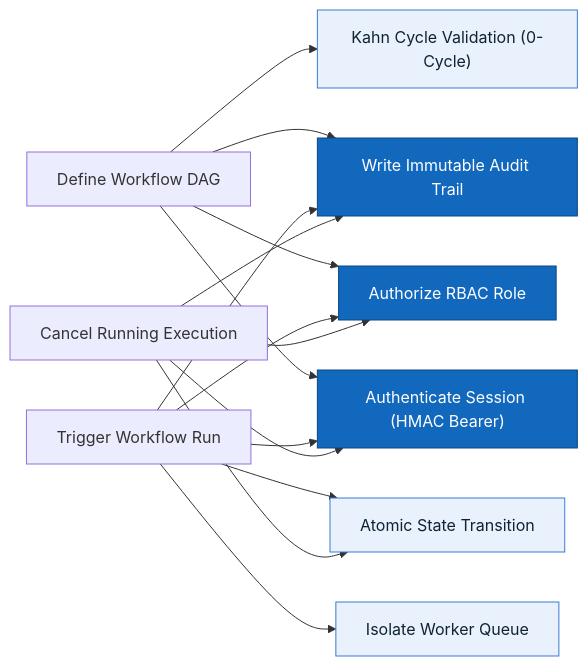
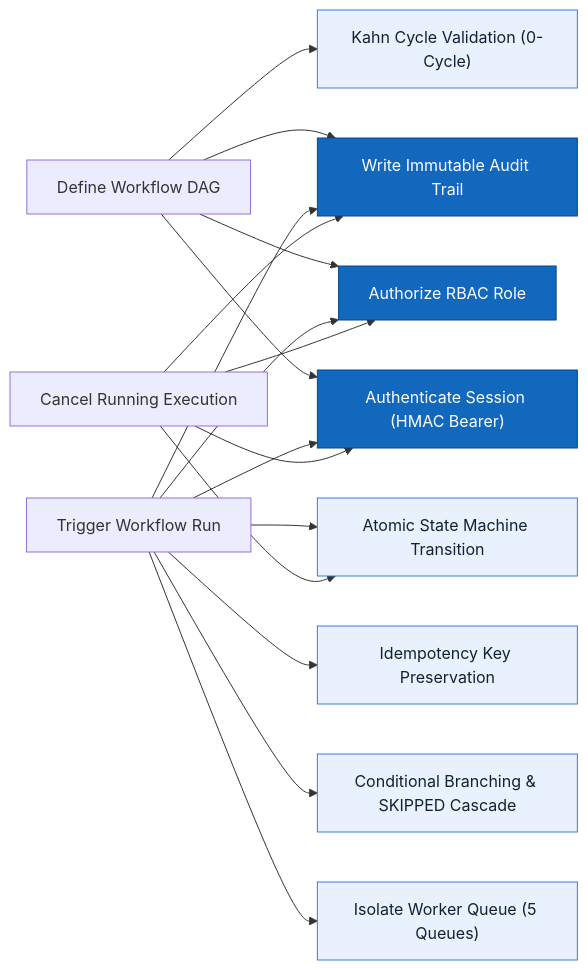
Before and after one commit to AnCoder1310/FlowForge: the second of 2 diagrams in docs/03-use-cases.md, drawn with Mermaid. The commit also changed other lines of this file and 88 other files, not shown here.

````diff
--- a/docs/03-use-cases.md
+++ b/docs/03-use-cases.md
@@ -105,28 +81,32 @@
 ```mermaid
 flowchart LR
     auth["Authenticate Session (HMAC Bearer)"]:::shared
     rbac["Authorize RBAC Role"]:::shared
     cycleCheck["Kahn Cycle Validation (0-Cycle)"]:::rule
-    stateTransition["Atomic State Transition"]:::rule
-    queueRoute["Isolate Worker Queue"]:::rule
+    conditionEval["Conditional Branching & SKIPPED Cascade"]:::rule
+    stateTransition["Atomic State Machine Transition"]:::rule
+    queueRoute["Isolate Worker Queue (5 Queues)"]:::rule
+    idempotentKey["Idempotency Key Preservation"]:::rule
     audit["Write Immutable Audit Trail"]:::shared
 
     createDag["Define Workflow DAG"] --> auth
     createDag --> rbac
     createDag --> cycleCheck
     createDag --> audit
 
     triggerRun["Trigger Workflow Run"] --> auth
     triggerRun --> rbac
     triggerRun --> stateTransition
     triggerRun --> queueRoute
+    triggerRun --> conditionEval
+    triggerRun --> idempotentKey
     triggerRun --> audit
 
     cancelRun["Cancel Running Execution"] --> auth
     cancelRun --> rbac
     cancelRun --> stateTransition
     cancelRun --> audit
 
     classDef shared fill:#1168bd,color:#fff,stroke:#0b4884
     classDef rule fill:#e8f1fc,color:#123,stroke:#3a7bd5
 ```
````
